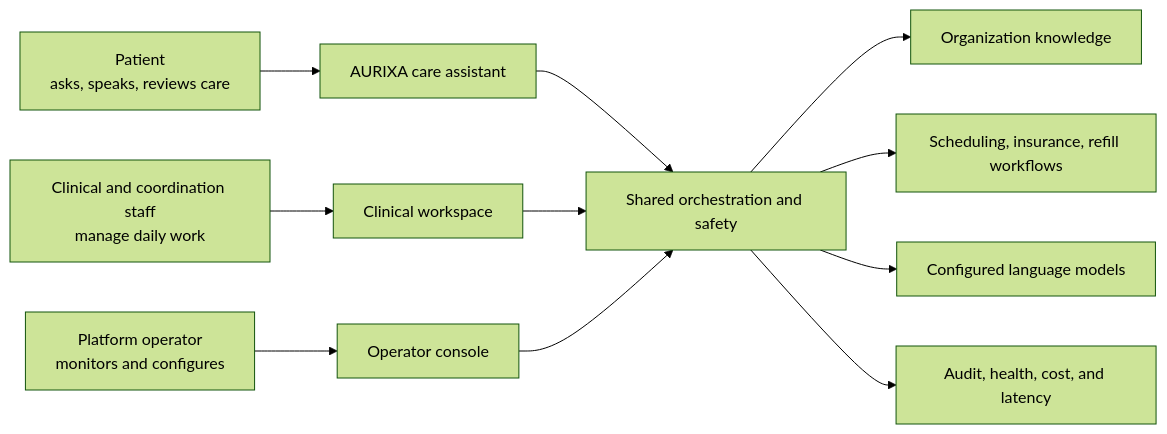
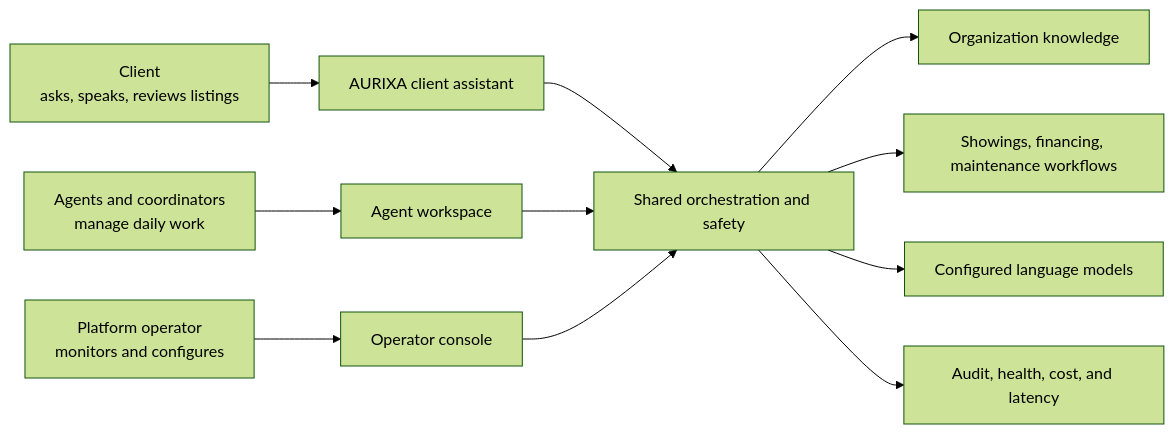
One commit to ax5hay/AURIXA changed the first of 6 diagrams in README.md. Above: the diagram before and after it, drawn with Mermaid (forest theme). The commit also changed other lines of this file and 131 other files, not shown here.

````diff
--- a/README.md
+++ b/README.md
@@ -39,15 +39,15 @@
 ```mermaid
 flowchart LR
-    Patient["Patient<br/>asks, speaks, reviews care"] --> CareAssistant["AURIXA care assistant"]
-    Staff["Clinical and coordination staff<br/>manage daily work"] --> ClinicalWorkspace["Clinical workspace"]
+    Client["Client<br/>asks, speaks, reviews listings"] --> ClientAssistant["AURIXA client assistant"]
+    Agent["Agents and coordinators<br/>manage daily work"] --> AgentWorkspace["Agent workspace"]
     Operator["Platform operator<br/>monitors and configures"] --> OperatorConsole["Operator console"]
 
-    CareAssistant --> Orchestration["Shared orchestration and safety"]
-    ClinicalWorkspace --> Orchestration
+    ClientAssistant --> Orchestration["Shared orchestration and safety"]
+    AgentWorkspace --> Orchestration
     OperatorConsole --> Orchestration
 
     Orchestration --> Knowledge["Organization knowledge"]
-    Orchestration --> Workflows["Scheduling, insurance, refill workflows"]
+    Orchestration --> Workflows["Showings, financing, maintenance workflows"]
     Orchestration --> Models["Configured language models"]
     Orchestration --> Telemetry["Audit, health, cost, and latency"]
 ```
````
